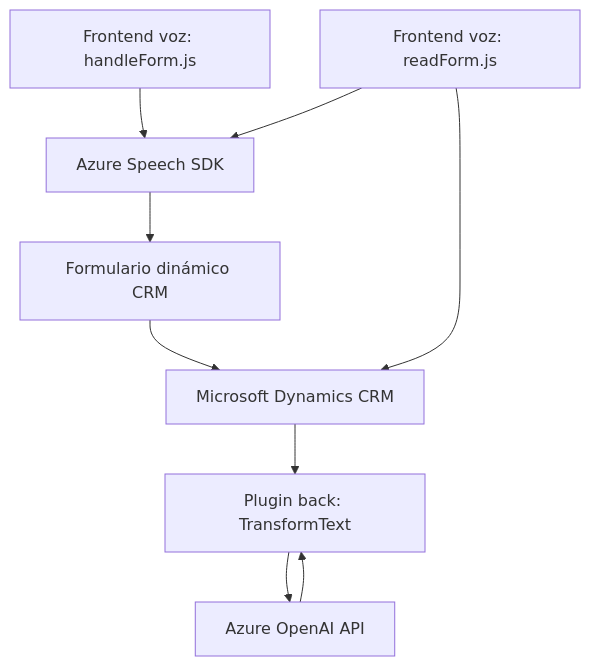
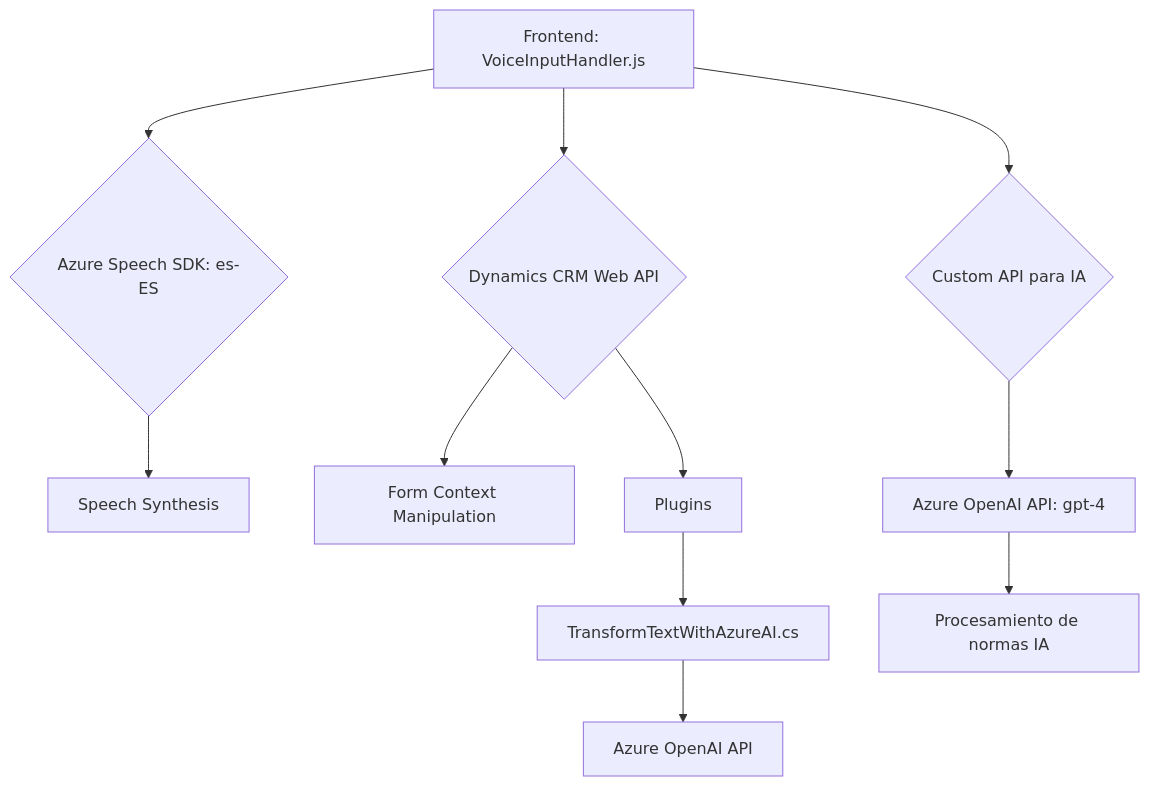
The diagram in README.md (blopezdm/NETCORE_BILBAO2025), drawn with Mermaid before and after one commit. The commit also changed other lines of this file, not shown here.

````diff
--- a/README.md
+++ b/README.md
@@ -42,19 +37,13 @@
 ```mermaid
 graph TD
-    A["Frontend voz: handleForm.js"]
-    B["Frontend voz: readForm.js"]
-    C["Azure Speech SDK"]
-    D["Microsoft Dynamics CRM"]
-    E["Plugin back: TransformText"]
-    F["Azure OpenAI API"]
-    G["Formulario dinámico CRM"]
-
-    A --> C
-    B --> C
-    C --> G
-    G --> D
-    B --> D
-    D --> E
-    E --> F
-    F --> E
+A["Frontend: VoiceInputHandler.js"] --> B{"Azure Speech SDK: es-ES"}
+A --> C{"Dynamics CRM Web API"}
+A --> D{"Custom API para IA"}
+B --> E["Speech Synthesis"]
+C --> F["Form Context Manipulation"]
+D --> G["Azure OpenAI API: gpt-4"]
+G --> H["Procesamiento de normas IA"]
+C --> I["Plugins"]
+I --> J["TransformTextWithAzureAI.cs"]
+J --> K["Azure OpenAI API"]
 ```
````
